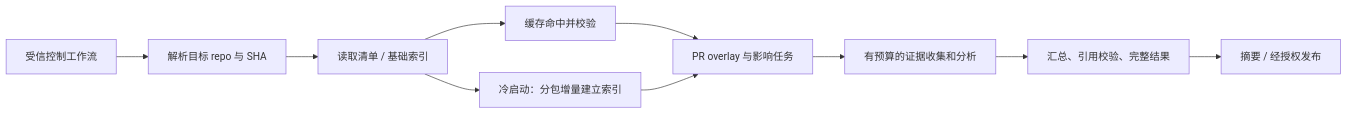
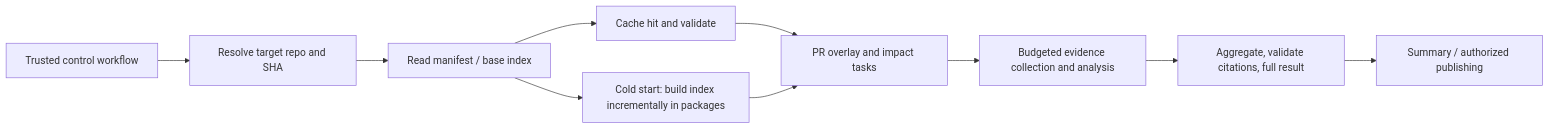
Before and after one commit to Mira190/SpecGuard: the second of 2 diagrams in docs/complex-repository-bidirectional-traceability-research-2026-10-17.md, drawn with Mermaid. The commit also changed other lines of this file and 42 other files, not shown here.

````diff
--- a/docs/complex-repository-bidirectional-traceability-research-2026-10-17.md
+++ b/docs/complex-repository-bidirectional-traceability-research-2026-10-17.md
@@ -390,12 +390,12 @@
 ```mermaid
 flowchart LR
-  A["受信控制工作流"] --> B["解析目标 repo 与 SHA"]
-  B --> C["读取清单 / 基础索引"]
-  C --> D["缓存命中并校验"]
-  C --> E["冷启动：分包增量建立索引"]
-  D --> F["PR overlay 与影响任务"]
+  A["Trusted control workflow"] --> B["Resolve target repo and SHA"]
+  B --> C["Read manifest / base index"]
+  C --> D["Cache hit and validate"]
+  C --> E["Cold start: build index incrementally in packages"]
+  D --> F["PR overlay and impact tasks"]
   E --> F
-  F --> G["有预算的证据收集和分析"]
-  G --> H["汇总、引用校验、完整结果"]
-  H --> I["摘要 / 经授权发布"]
+  F --> G["Budgeted evidence collection and analysis"]
+  G --> H["Aggregate, validate citations, full result"]
+  H --> I["Summary / authorized publishing"]
 ```
````
